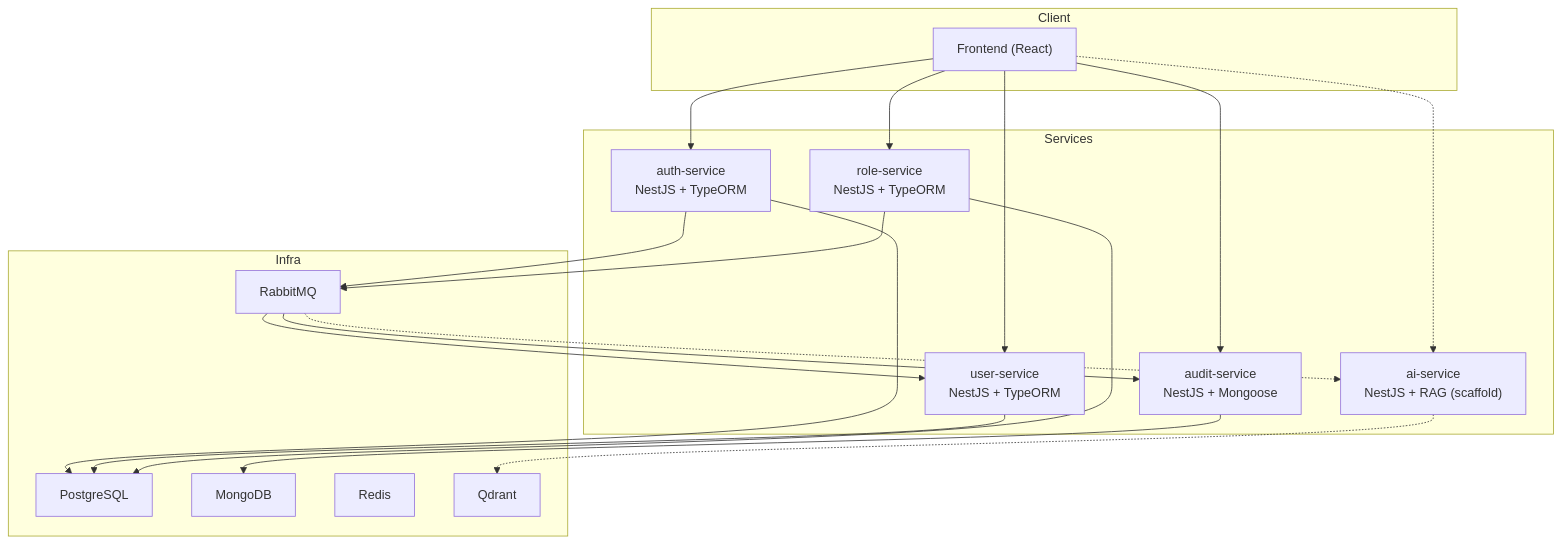
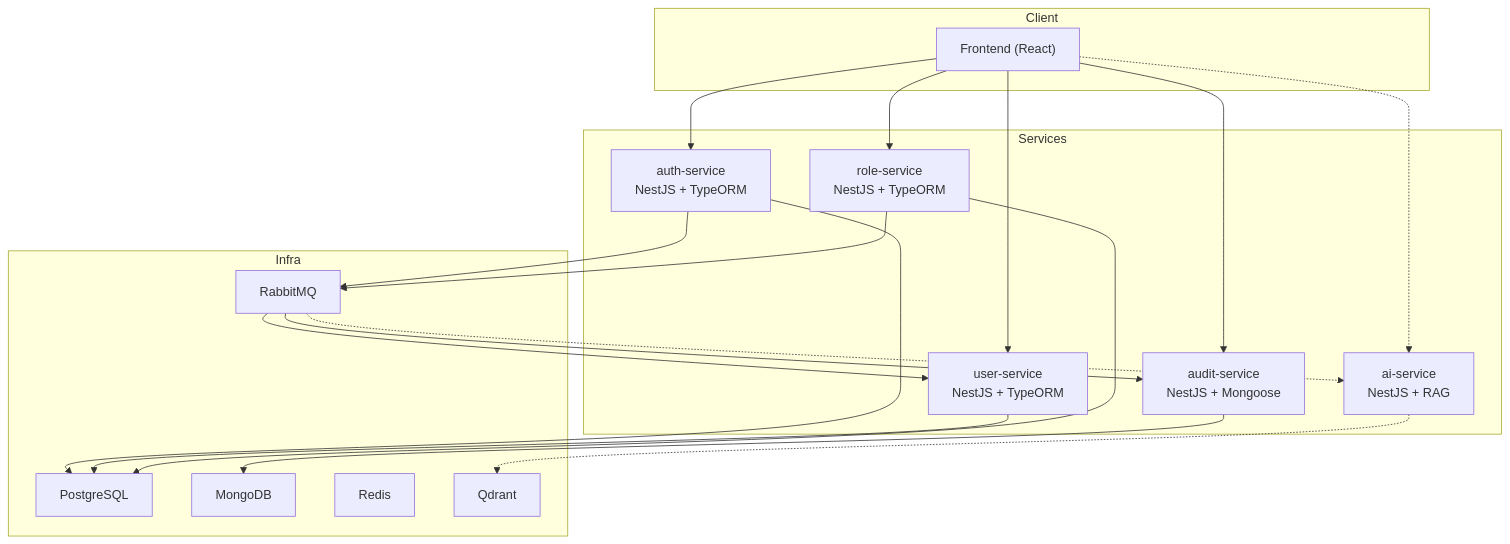
One commit to eduardo343/toka-technical-test- changed the diagram in docs/ARCHITECTURE.md. Above: the diagram before and after it, drawn with Mermaid. The commit also changed other lines of this file and 50 other files, not shown here.

First line of the commit message:
feat(ai): integrar ai-service RAG y conectarlo al ecosistema

````diff
--- a/docs/ARCHITECTURE.md
+++ b/docs/ARCHITECTURE.md
@@ -16,40 +16,40 @@
 ```mermaid
 flowchart TD
   subgraph Client
     FE["Frontend (React)"]
   end
 
   subgraph Services
     AUTH["auth-service\nNestJS + TypeORM"]
     USER["user-service\nNestJS + TypeORM"]
     ROLE["role-service\nNestJS + TypeORM"]
     AUDIT["audit-service\nNestJS + Mongoose"]
-    AI["ai-service\nNestJS + RAG (scaffold)"]
+    AI["ai-service\nNestJS + RAG"]
   end
 
   subgraph Infra
     PG["PostgreSQL"]
     MG["MongoDB"]
     RMQ["RabbitMQ"]
     REDIS["Redis"]
     QDRANT["Qdrant"]
   end
 
   FE --> AUTH
   FE --> USER
   FE --> ROLE
   FE --> AUDIT
   FE -.-> AI
 
   AUTH --> PG
   USER --> PG
   ROLE --> PG
   AUDIT --> MG
   AI -.-> QDRANT
 
   AUTH --> RMQ
   ROLE --> RMQ
   RMQ --> USER
   RMQ --> AUDIT
   RMQ -.-> AI
 ```
````
